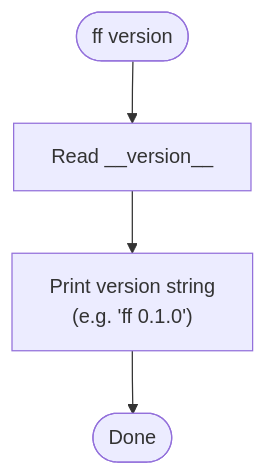
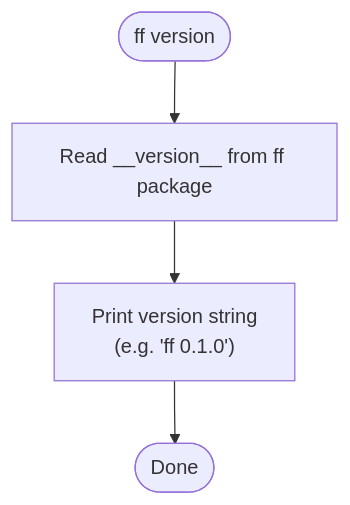
Before and after one commit to savvides/ff: diagram 17 of 17 in README.md, drawn with Mermaid. The commit also changed other lines of this file and 26 other files, not shown here.

````diff
--- a/README.md
+++ b/README.md
@@ -402,6 +448,6 @@
 ```mermaid
 flowchart TD
-    Start(["ff version"]) --> ReadVersion["Read __version__"]
+    Start(["ff version"]) --> ReadVersion["Read __version__ from ff package"]
     ReadVersion --> Render["Print version string\n(e.g. 'ff 0.1.0')"]
     Render --> Done(["Done"])
 ```
````
